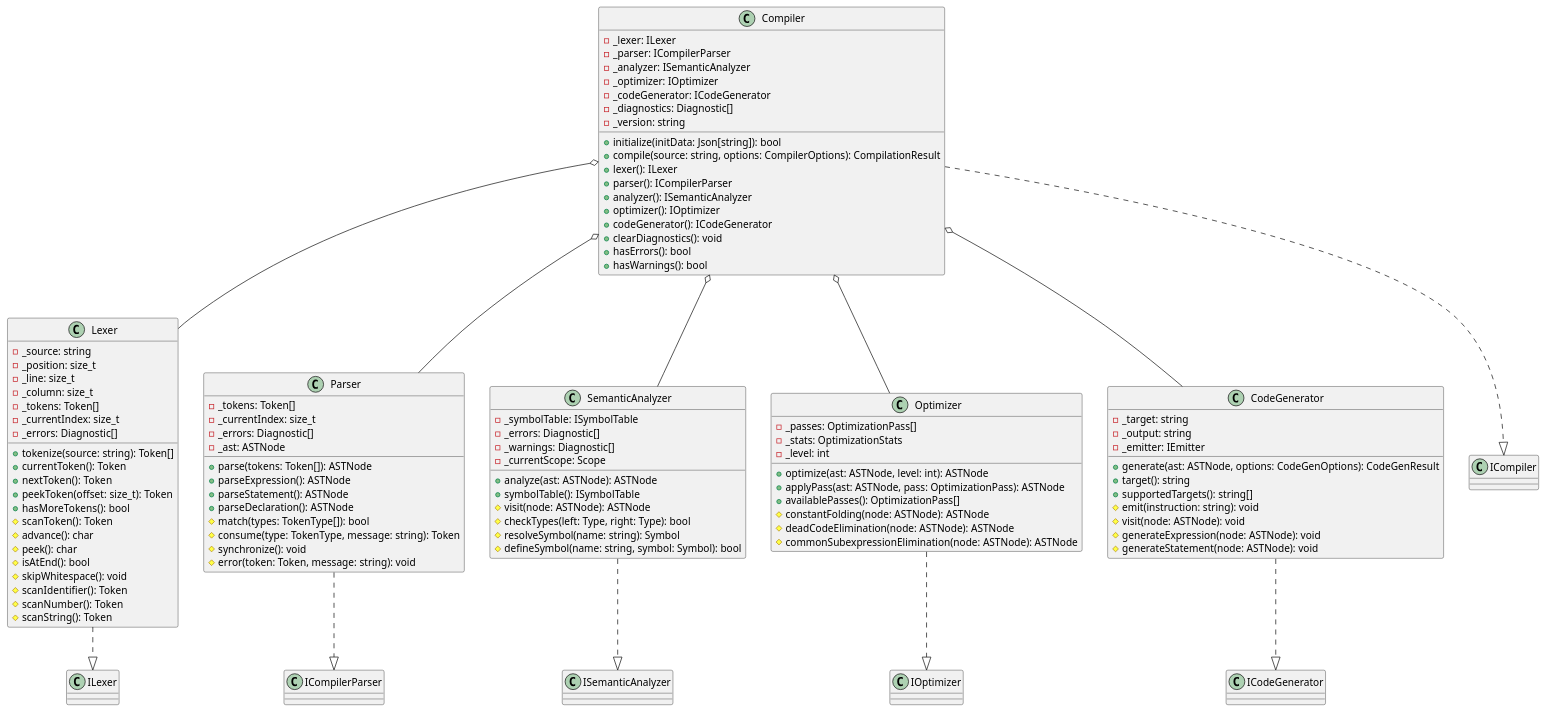
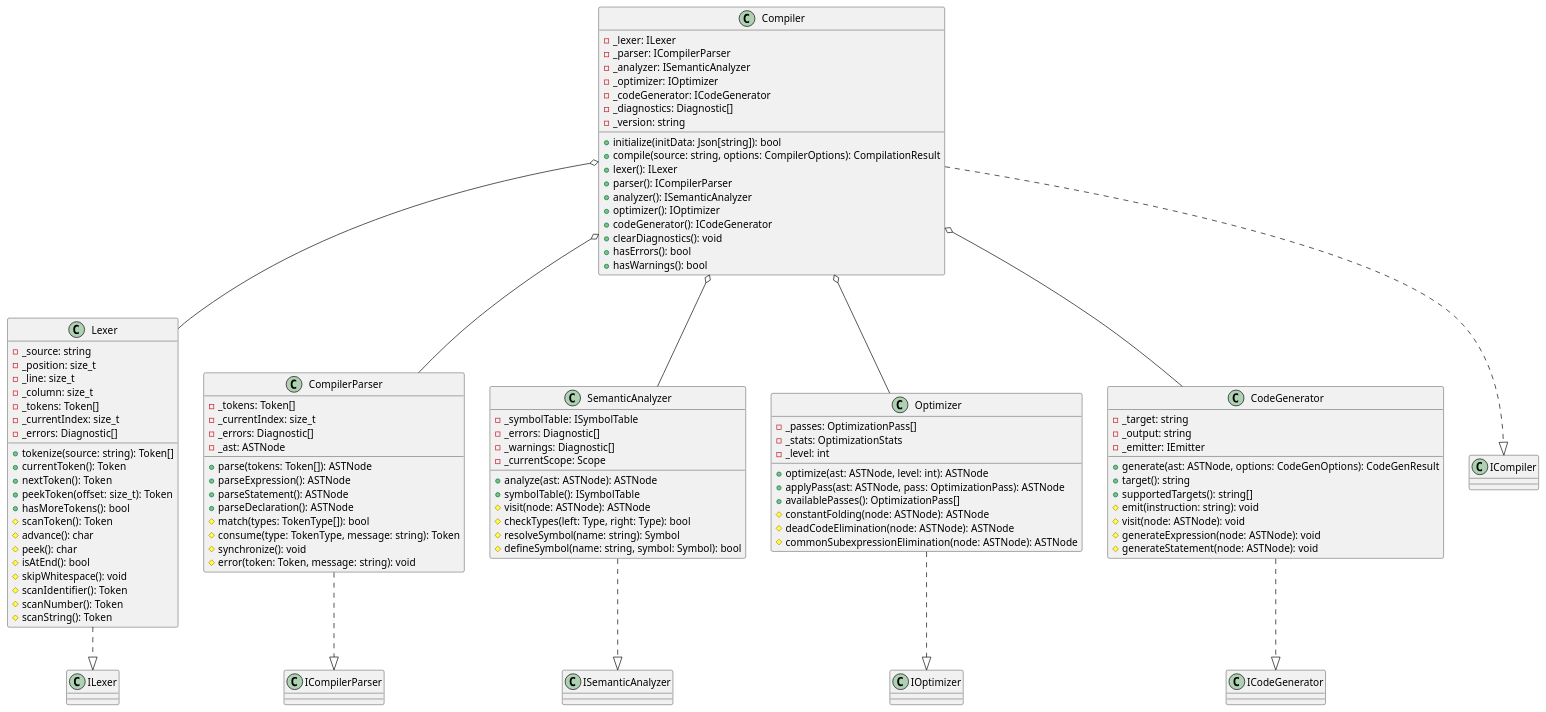
One commit to UIMSolutions/uim-framework changed the second of 8 diagrams in compilers/UML.md. Above: the diagram before and after it, drawn with PlantUML. The commit also changed other lines of this file and 19 other files, not shown here.

Commit message:
feat(compilers): rename Parser to CompilerParser for clarity and update related references

```diff
--- a/compilers/UML.md
+++ b/compilers/UML.md
@@ -135,7 +135,7 @@
   # scanString(): Token
 }
 
-class Parser {
+class CompilerParser {
   - _tokens: Token[]
   - _currentIndex: size_t
   - _errors: Diagnostic[]
@@ -194,13 +194,13 @@
 
 Compiler ..|> ICompiler
 Lexer ..|> ILexer
-Parser ..|> ICompilerParser
+CompilerParser ..|> ICompilerParser
 SemanticAnalyzer ..|> ISemanticAnalyzer
 Optimizer ..|> IOptimizer
 CodeGenerator ..|> ICodeGenerator
 
 Compiler o-- Lexer
-Compiler o-- Parser
+Compiler o-- CompilerParser
 Compiler o-- SemanticAnalyzer
 Compiler o-- Optimizer
 Compiler o-- CodeGenerator
```
